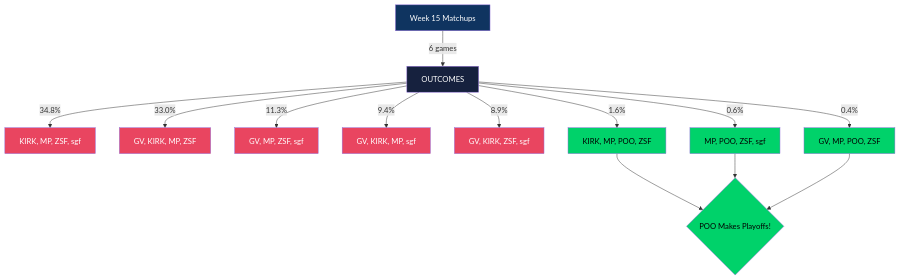
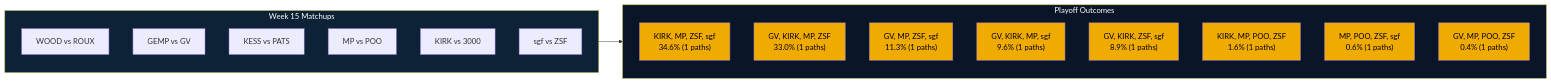
The diagram in power_rankings_analysis.md (themp731/Skattebot), drawn with Mermaid before and after one commit. The commit also changed other lines of this file and 16 other files, not shown here.

````diff
--- a/power_rankings_analysis.md
+++ b/power_rankings_analysis.md
@@ -86,27 +126,35 @@
 ```mermaid
-flowchart TD
-    START["Week 15 Matchups"] --> |"6 games"| OUTCOMES
-    OUTCOMES --> |"34.8%"| S1["KIRK, MP, ZSF, sgf"]
-    OUTCOMES --> |"33.0%"| S2["GV, KIRK, MP, ZSF"]
-    OUTCOMES --> |"11.3%"| S3["GV, MP, ZSF, sgf"]
-    OUTCOMES --> |"9.4%"| S4["GV, KIRK, MP, sgf"]
-    OUTCOMES --> |"8.9%"| S5["GV, KIRK, ZSF, sgf"]
-    OUTCOMES --> |"1.6%"| S6["KIRK, MP, POO, ZSF"]
-    OUTCOMES --> |"0.6%"| S7["MP, POO, ZSF, sgf"]
-    OUTCOMES --> |"0.4%"| S8["GV, MP, POO, ZSF"]
+flowchart LR
+    subgraph MATCHUPS["Week 15 Matchups"]
+        M0["WOOD vs ROUX"]
+        M1["GEMP vs GV"]
+        M2["KESS vs PATS"]
+        M3["MP vs POO"]
+        M4["KIRK vs 3000"]
+        M5["sgf vs ZSF"]
+    end
 
-    style S1 fill:#e94560,color:#fff
-    style S2 fill:#e94560,color:#fff
-    style S3 fill:#e94560,color:#fff
-    style S4 fill:#e94560,color:#fff
-    style S5 fill:#e94560,color:#fff
-    S6 --> POO_IN{"POO Makes Playoffs!"}
-    style S6 fill:#00d26a,color:#000
-    S7 --> POO_IN{"POO Makes Playoffs!"}
-    style S7 fill:#00d26a,color:#000
-    S8 --> POO_IN{"POO Makes Playoffs!"}
-    style S8 fill:#00d26a,color:#000
-    style START fill:#0f3460,color:#fff
-    style OUTCOMES fill:#16213e,color:#fff
-    style POO_IN fill:#00d26a,color:#000
+    subgraph OUTCOMES["Playoff Outcomes"]
+        O0["KIRK, MP, ZSF, sgf<br/>34.6% (1 paths)"]
+        O1["GV, KIRK, MP, ZSF<br/>33.0% (1 paths)"]
+        O2["GV, MP, ZSF, sgf<br/>11.3% (1 paths)"]
+        O3["GV, KIRK, MP, sgf<br/>9.6% (1 paths)"]
+        O4["GV, KIRK, ZSF, sgf<br/>8.9% (1 paths)"]
+        O5["KIRK, MP, POO, ZSF<br/>1.6% (1 paths)"]
+        O6["MP, POO, ZSF, sgf<br/>0.6% (1 paths)"]
+        O7["GV, MP, POO, ZSF<br/>0.4% (1 paths)"]
+    end
+
+    MATCHUPS --> OUTCOMES
+
+    style O0 fill:#F0AB00,color:#000
+    style O1 fill:#F0AB00,color:#000
+    style O2 fill:#F0AB00,color:#000
+    style O3 fill:#F0AB00,color:#000
+    style O4 fill:#F0AB00,color:#000
+    style O5 fill:#F0AB00,color:#000
+    style O6 fill:#F0AB00,color:#000
+    style O7 fill:#F0AB00,color:#000
+    style MATCHUPS fill:#0d2137,color:#fff
+    style OUTCOMES fill:#0a1628,color:#fff
 ```
````
